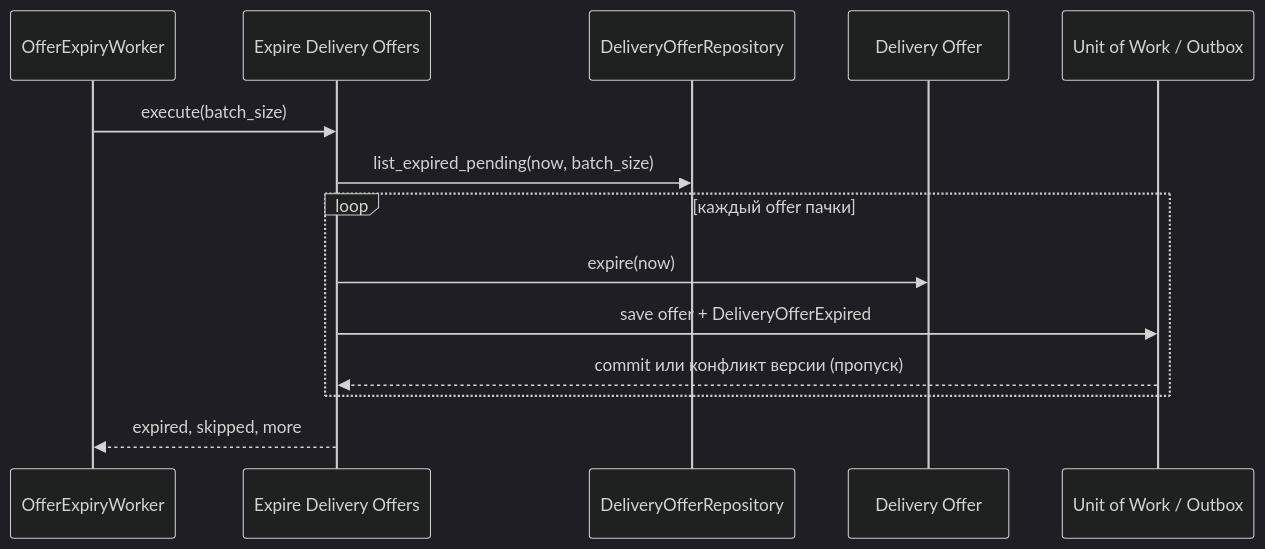
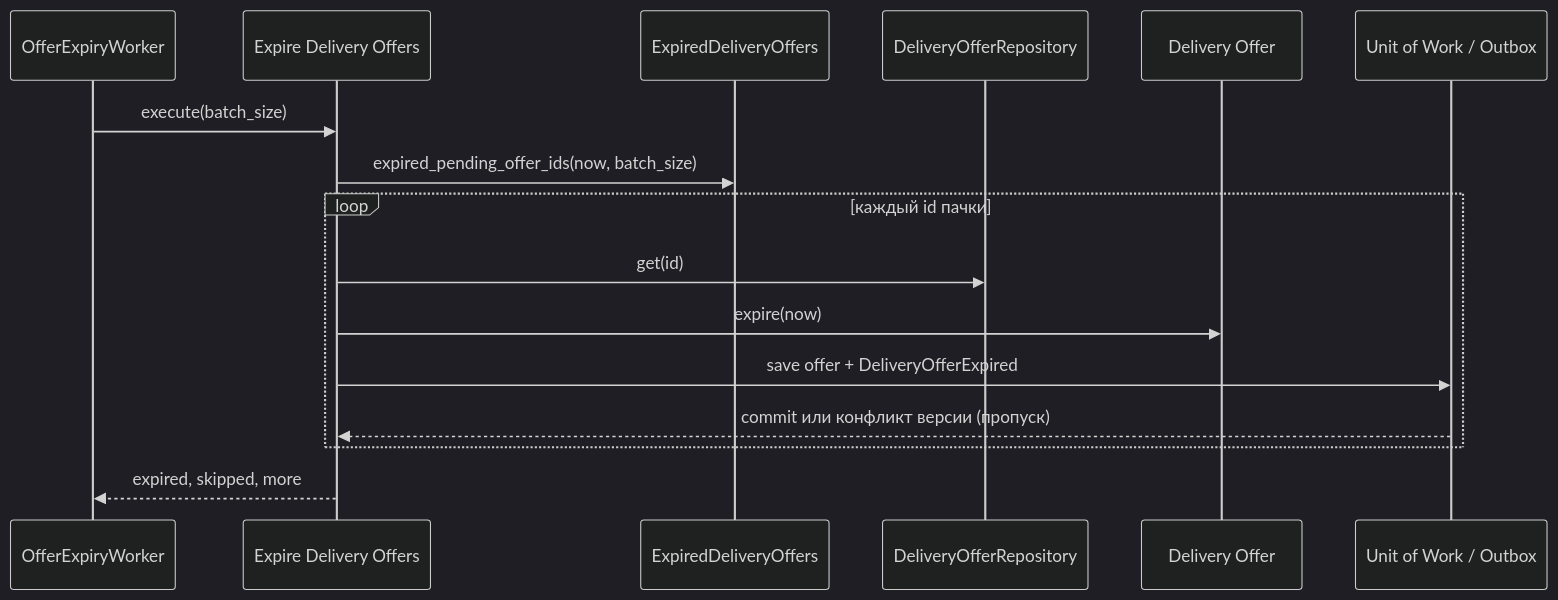
Before and after one commit to batazor/nomnom: the diagram in boundaries/delivery/slices/delivery/applications/expire_delivery_offers/README.md, drawn with Mermaid (dark theme). The commit also changed other lines of this file and 59 other files, not shown here.

````diff
--- a/boundaries/delivery/slices/delivery/applications/expire_delivery_offers/README.md
+++ b/boundaries/delivery/slices/delivery/applications/expire_delivery_offers/README.md
@@ -18,16 +18,18 @@
 ```mermaid
 sequenceDiagram
     participant Worker as OfferExpiryWorker
     participant App as Expire Delivery Offers
+    participant Query as ExpiredDeliveryOffers
     participant Repo as DeliveryOfferRepository
     participant Offer as Delivery Offer
     participant Store as Unit of Work / Outbox
     Worker->>App: execute(batch_size)
-    App->>Repo: list_expired_pending(now, batch_size)
-    loop каждый offer пачки
+    App->>Query: expired_pending_offer_ids(now, batch_size)
+    loop каждый id пачки
+        App->>Repo: get(id)
         App->>Offer: expire(now)
         App->>Store: save offer + DeliveryOfferExpired
         Store-->>App: commit или конфликт версии (пропуск)
     end
     App-->>Worker: expired, skipped, more
 ```
````
